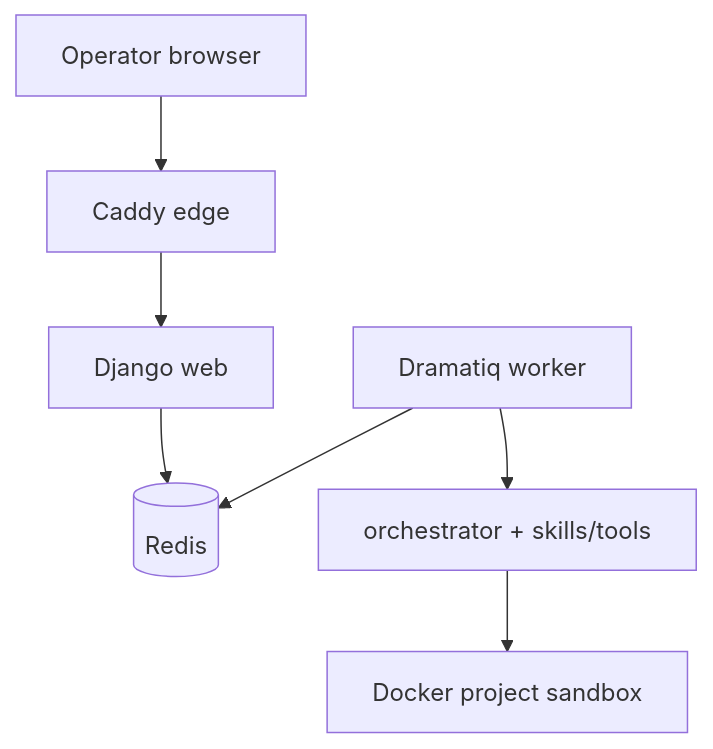
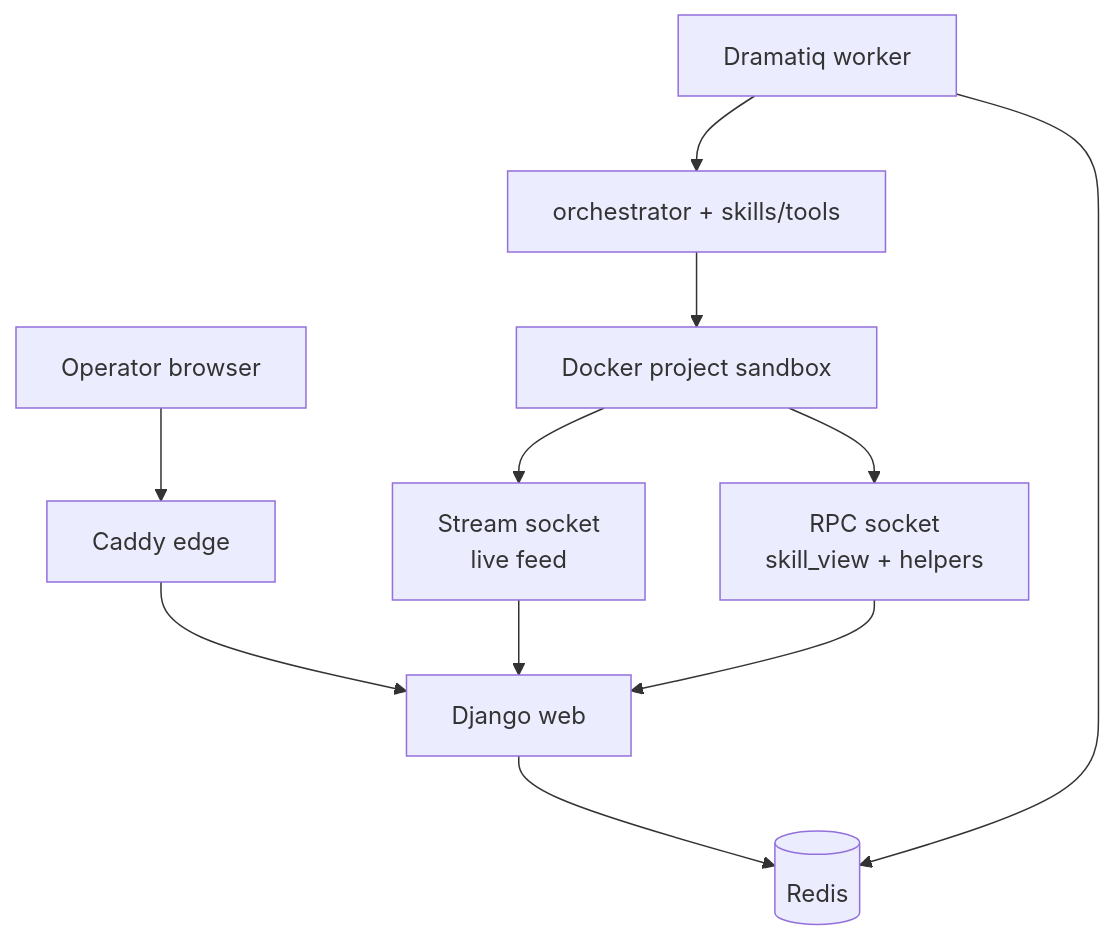
One commit to Salto7/Peon changed the diagram in README.md. Above: the diagram before and after it, drawn with Mermaid. The commit also changed other lines of this file, not shown here.

````diff
--- a/README.md
+++ b/README.md
@@ -36,16 +38,20 @@
 ```mermaid
 flowchart TD
   browser["Operator browser"]
   edge["Caddy edge"]
   web["Django web"]
   redis[("Redis")]
   worker["Dramatiq worker"]
   orch["orchestrator + skills/tools"]
   sbx["Docker project sandbox"]
+  stream["Stream socket<br/>live feed"]
+  rpc["RPC socket<br/>skill_view + helpers"]
 
   browser --> edge --> web
   web --> redis
   worker --> redis
   worker --> orch
   orch --> sbx
+  sbx --> stream --> web
+  sbx --> rpc --> web
 ```
````
